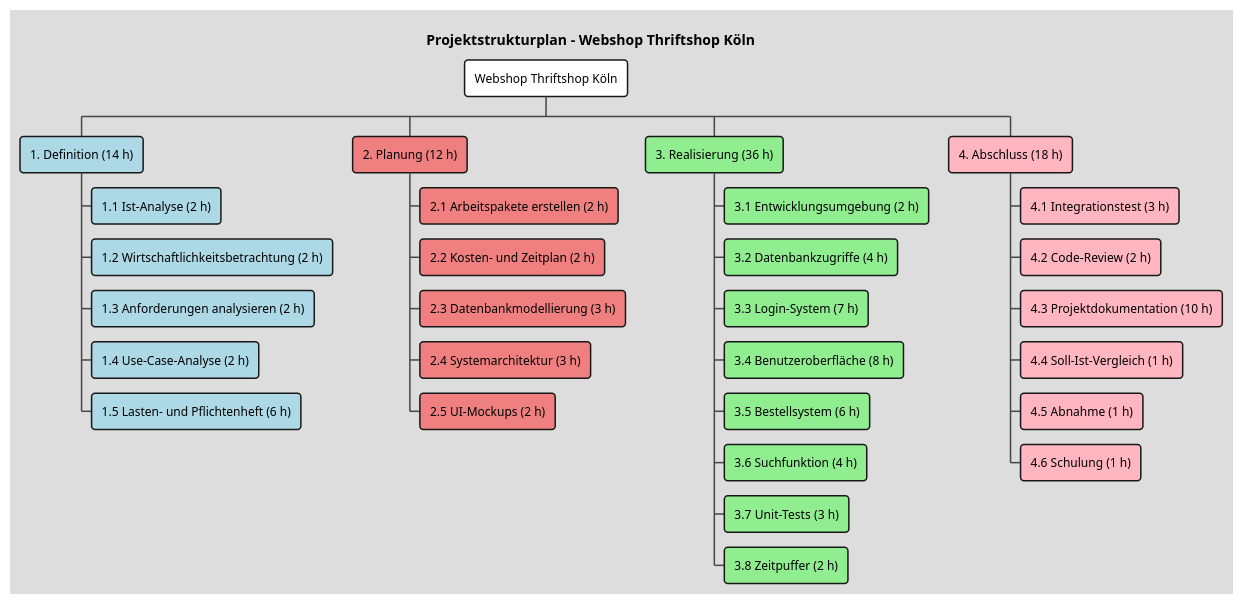
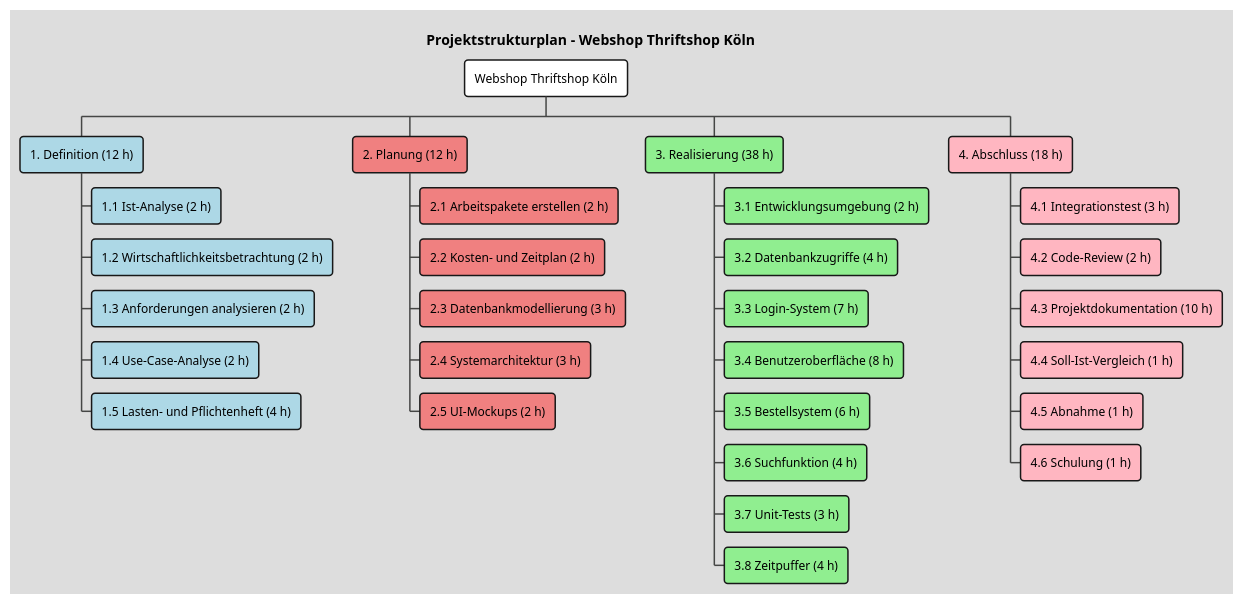
The second of 5 diagrams in docs/thriftshop_dokumentation.md (marcelo-ruediger/thriftshop), drawn with PlantUML before and after one commit. The commit also changed other lines of this file and 25 other files, not shown here.

````diff
--- a/docs/thriftshop_dokumentation.md
+++ b/docs/thriftshop_dokumentation.md
@@ -176,36 +177,36 @@
 ```plantuml
 @startwbs thriftshop_psp
 !theme toy
 title Projektstrukturplan – Webshop Thriftshop Köln
 
 *[#White] Webshop Thriftshop Köln
-**[#LightBlue] 1. Definition (14 h)
+**[#LightBlue] 1. Definition (12 h)
 ***[#LightBlue] 1.1 Ist-Analyse (2 h)
 ***[#LightBlue] 1.2 Wirtschaftlichkeitsbetrachtung (2 h)
 ***[#LightBlue] 1.3 Anforderungen analysieren (2 h)
 ***[#LightBlue] 1.4 Use-Case-Analyse (2 h)
-***[#LightBlue] 1.5 Lasten- und Pflichtenheft (6 h)
+***[#LightBlue] 1.5 Lasten- und Pflichtenheft (4 h)
 **[#LightCoral] 2. Planung (12 h)
 ***[#LightCoral] 2.1 Arbeitspakete erstellen (2 h)
 ***[#LightCoral] 2.2 Kosten- und Zeitplan (2 h)
 ***[#LightCoral] 2.3 Datenbankmodellierung (3 h)
 ***[#LightCoral] 2.4 Systemarchitektur (3 h)
 ***[#LightCoral] 2.5 UI-Mockups (2 h)
-**[#LightGreen] 3. Realisierung (36 h)
+**[#LightGreen] 3. Realisierung (38 h)
 ***[#LightGreen] 3.1 Entwicklungsumgebung (2 h)
 ***[#LightGreen] 3.2 Datenbankzugriffe (4 h)
 ***[#LightGreen] 3.3 Login-System (7 h)
 ***[#LightGreen] 3.4 Benutzeroberfläche (8 h)
 ***[#LightGreen] 3.5 Bestellsystem (6 h)
 ***[#LightGreen] 3.6 Suchfunktion (4 h)
 ***[#LightGreen] 3.7 Unit-Tests (3 h)
-***[#LightGreen] 3.8 Zeitpuffer (2 h)
+***[#LightGreen] 3.8 Zeitpuffer (4 h)
 **[#LightPink] 4. Abschluss (18 h)
 ***[#LightPink] 4.1 Integrationstest (3 h)
 ***[#LightPink] 4.2 Code-Review (2 h)
 ***[#LightPink] 4.3 Projektdokumentation (10 h)
 ***[#LightPink] 4.4 Soll-Ist-Vergleich (1 h)
 ***[#LightPink] 4.5 Abnahme (1 h)
 ***[#LightPink] 4.6 Schulung (1 h)
 @endwbs
 ```
````
